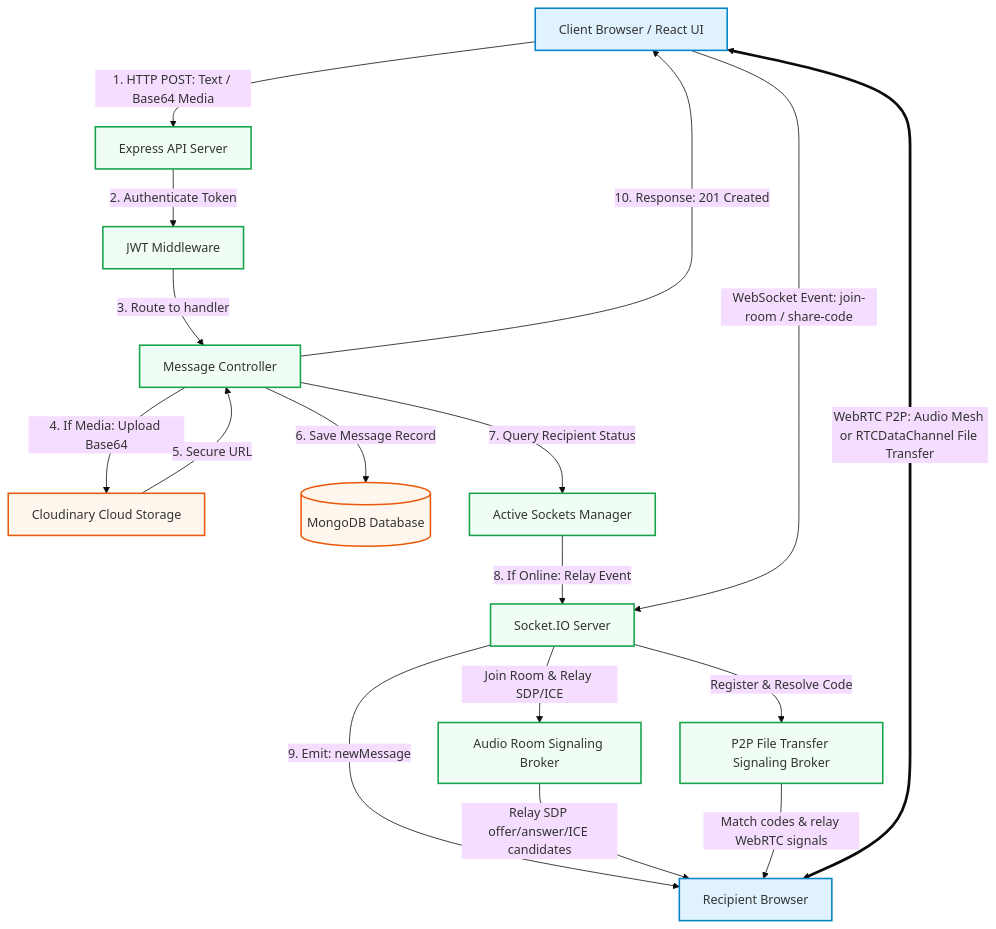
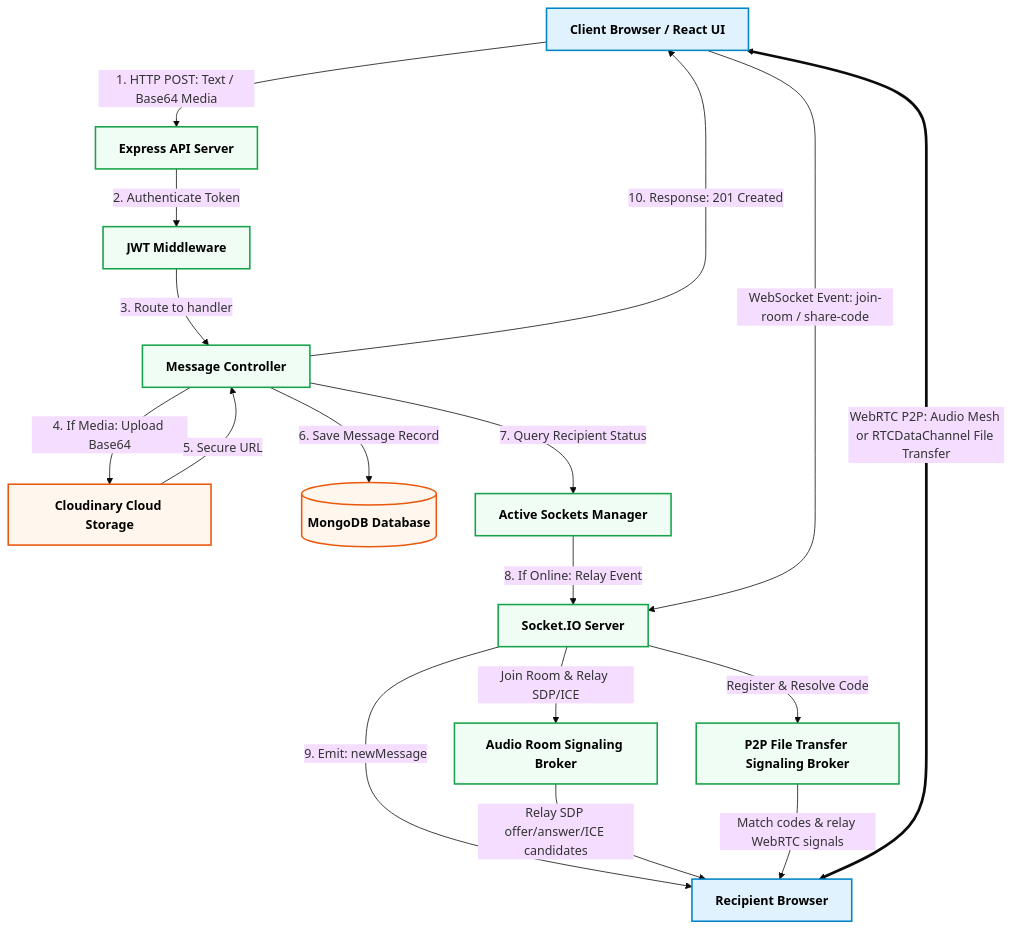
Before and after one commit to RohitChintalapudi/Chatly: the diagram in README.md, drawn with Mermaid (base theme).

Commit message:
style: make flowchart node labels bold and black for better readability

````diff
--- a/README.md
+++ b/README.md
@@ -87,31 +87,31 @@
 ```mermaid
 flowchart TD
-    classDef client fill:#e0f2fe,stroke:#0284c7,stroke-width:2px;
-    classDef backend fill:#f0fdf4,stroke:#16a34a,stroke-width:2px;
-    classDef external fill:#fff7ed,stroke:#ea580c,stroke-width:2px;
+    classDef client fill:#e0f2fe,stroke:#0284c7,stroke-width:2px,color:#000,font-weight:bold;
+    classDef backend fill:#f0fdf4,stroke:#16a34a,stroke-width:2px,color:#000,font-weight:bold;
+    classDef external fill:#fff7ed,stroke:#ea580c,stroke-width:2px,color:#000,font-weight:bold;
 
     Client[Client Browser / React UI]:::client
     
     %% HTTP API Flow
     Client -->|1. HTTP POST: Text / Base64 Media| Express[Express API Server]:::backend
     Express -->|2. Authenticate Token| JWTMiddleware[JWT Middleware]:::backend
     JWTMiddleware -->|3. Route to handler| MsgController[Message Controller]:::backend
     MsgController -->|4. If Media: Upload Base64| Cloudinary[Cloudinary Cloud Storage]:::external
     Cloudinary -->|5. Secure URL| MsgController
     MsgController -->|6. Save Message Record| MongoDB[(MongoDB Database)]:::external
     MsgController -->|7. Query Recipient Status| LiveSockets[Active Sockets Manager]:::backend
     LiveSockets -->|8. If Online: Relay Event| SocketRelay[Socket.IO Server]:::backend
     SocketRelay -->|9. Emit: newMessage| ClientReceiver[Recipient Browser]:::client
     MsgController -->|10. Response: 201 Created| Client
     
     %% WebSocket Signaling / Pairing Flow
     Client -->|WebSocket Event: join-room / share-code| SocketRelay
     SocketRelay -->|Join Room & Relay SDP/ICE| RoomBroker[Audio Room Signaling Broker]:::backend
     SocketRelay -->|Register & Resolve Code| CodePairing[P2P File Transfer Signaling Broker]:::backend
     
     RoomBroker -->|Relay SDP offer/answer/ICE candidates| ClientReceiver
     CodePairing -->|Match codes & relay WebRTC signals| ClientReceiver
     
     %% Direct WebRTC Connection
     Client <===>|WebRTC P2P: Audio Mesh or RTCDataChannel File Transfer| ClientReceiver
 ```
````
